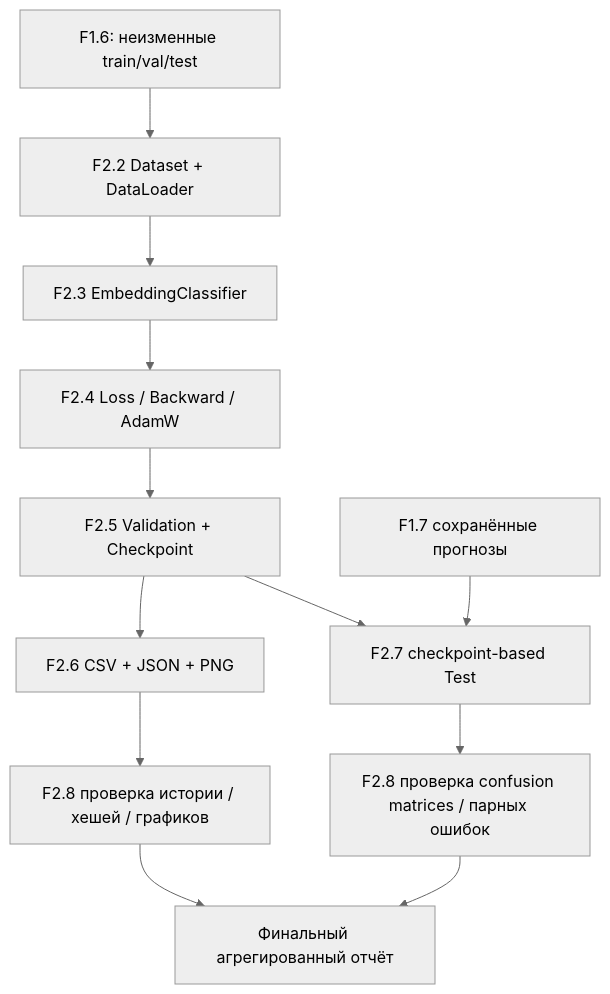
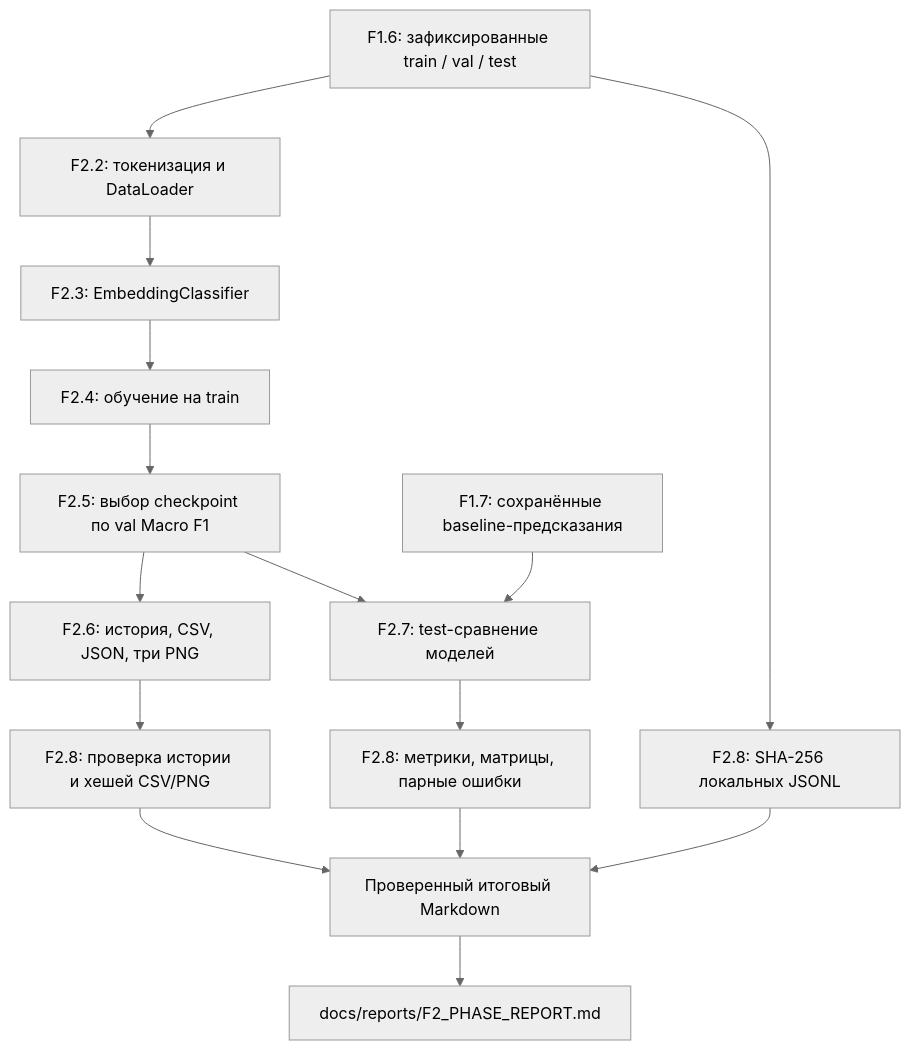
The diagram in docs/steps/F2_08_final_phase_report.md (trasher88/ml-engineering-lab), drawn with Mermaid (neutral theme) before and after one commit. The commit also changed other lines of this file and 7 other files, not shown here.

````diff
--- a/docs/steps/F2_08_final_phase_report.md
+++ b/docs/steps/F2_08_final_phase_report.md
@@ -11,14 +311,17 @@
 ```mermaid
 flowchart TD
-    A["F1.6: неизменные train/val/test"] --> B["F2.2 Dataset + DataLoader"]
-    B --> C["F2.3 EmbeddingClassifier"]
-    C --> D["F2.4 Loss / Backward / AdamW"]
-    D --> E["F2.5 Validation + Checkpoint"]
-    E --> F["F2.6 CSV + JSON + PNG"]
-    E --> G["F2.7 checkpoint-based Test"]
-    H["F1.7 сохранённые прогнозы"] --> G
-    F --> I["F2.8 проверка истории / хешей / графиков"]
-    G --> J["F2.8 проверка confusion matrices / парных ошибок"]
-    I --> K["Финальный агрегированный отчёт"]
-    J --> K
+    A["F1.6: зафиксированные train / val / test"] --> B["F2.2: токенизация и DataLoader"]
+    B --> C["F2.3: EmbeddingClassifier"]
+    C --> D["F2.4: обучение на train"]
+    D --> E["F2.5: выбор checkpoint по val Macro F1"]
+    E --> F["F2.6: история, CSV, JSON, три PNG"]
+    E --> G["F2.7: test-сравнение моделей"]
+    H["F1.7: сохранённые baseline-предсказания"] --> G
+    F --> I["F2.8: проверка истории и хешей CSV/PNG"]
+    G --> J["F2.8: метрики, матрицы, парные ошибки"]
+    A --> K["F2.8: SHA-256 локальных JSONL"]
+    I --> L["Проверенный итоговый Markdown"]
+    J --> L
+    K --> L
+    L --> M["docs/reports/F2_PHASE_REPORT.md"]
 ```
````
